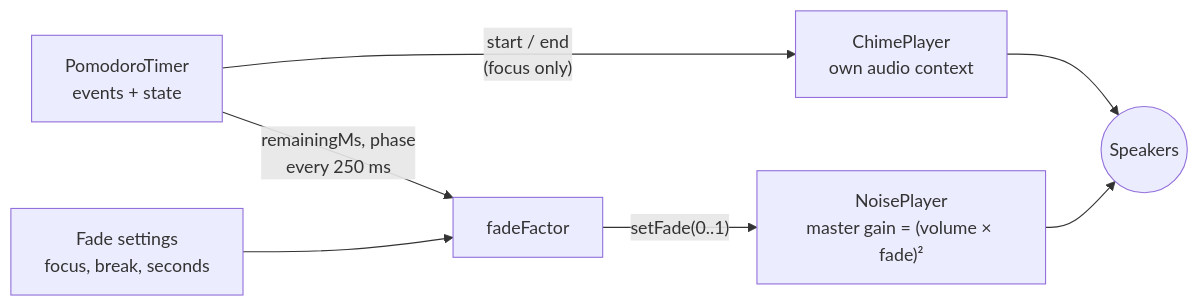
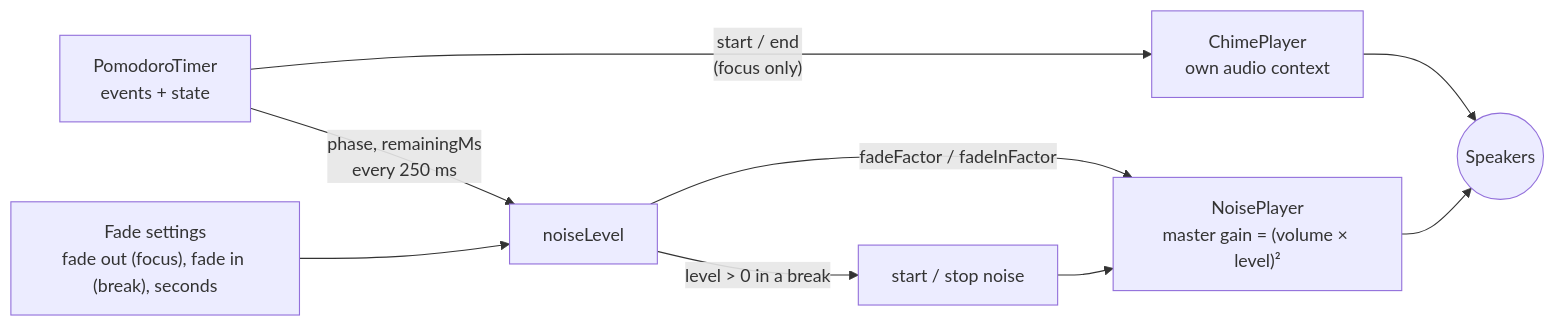
Before and after one commit to takecare/pomonoise: the fifth of 7 diagrams in README.md, drawn with Mermaid. The commit also changed other lines of this file and 4 other files, not shown here.

First line of the commit message:
Break fade is now a fade-in at the end of the break

````diff
--- a/README.md
+++ b/README.md
@@ -212,9 +221,11 @@
 ```mermaid
 flowchart LR
     T["PomodoroTimer<br/>events + state"] -->|"start / end<br/>(focus only)"| C["ChimePlayer<br/>own audio context"]
-    T -->|"remainingMs, phase<br/>every 250 ms"| F["fadeFactor"]
-    P["Fade settings<br/>focus, break, seconds"] --> F
-    F -->|"setFade(0..1)"| N["NoisePlayer<br/>master gain = (volume × fade)²"]
+    T -->|"phase, remainingMs<br/>every 250 ms"| L["noiseLevel"]
+    P["Fade settings<br/>fade out (focus), fade in (break), seconds"] --> L
+    L -->|"fadeFactor / fadeInFactor"| N["NoisePlayer<br/>master gain = (volume × level)²"]
+    L -->|"level > 0 in a break"| R["start / stop noise"]
+    R --> N
     C --> S(("Speakers"))
     N --> S
 ```
````
